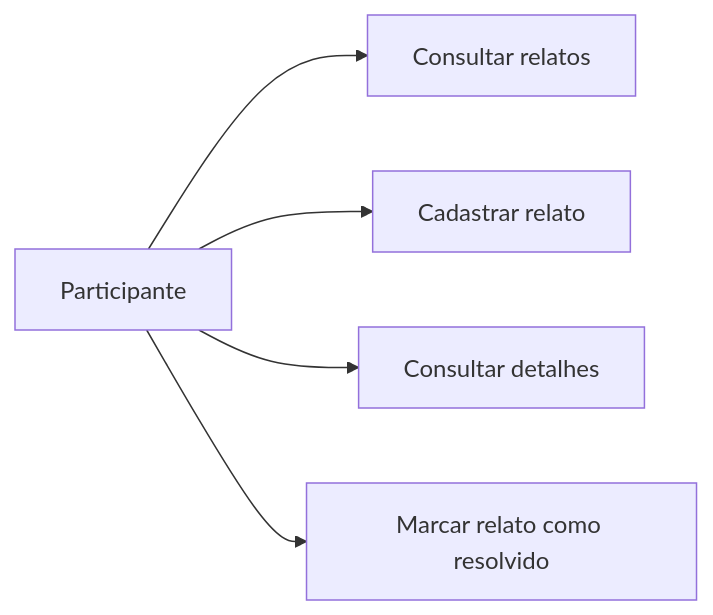
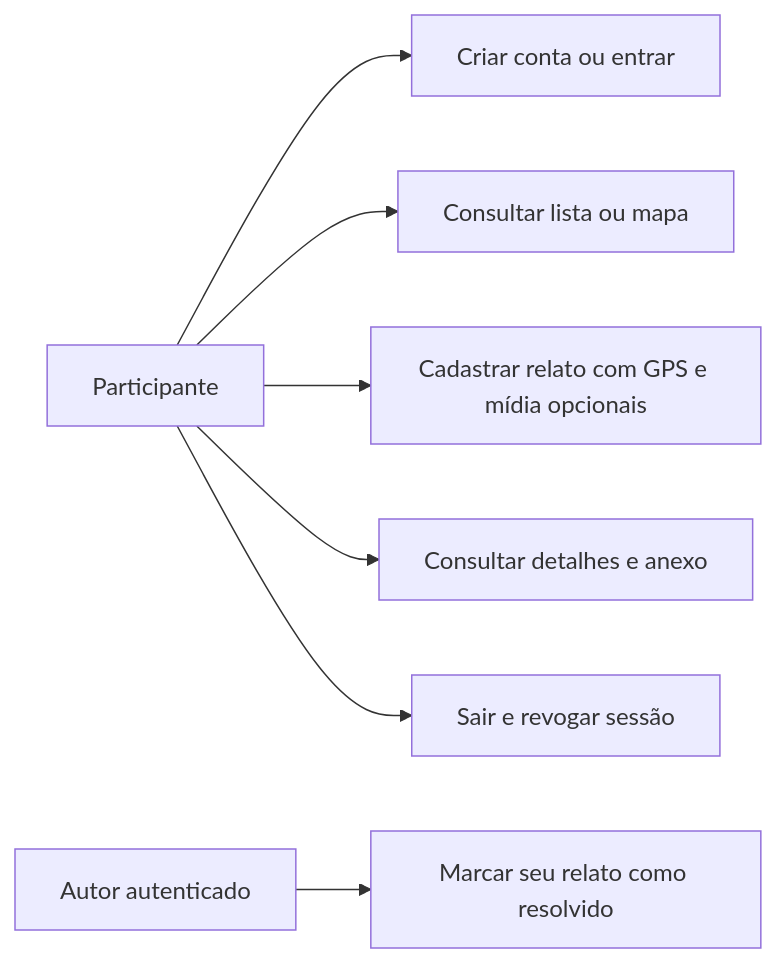
The second of 5 diagrams in documentacao/ARQUITETURA.md (matheuslagares/APS_8), drawn with Mermaid before and after one commit. The commit also changed other lines of this file and 59 other files, not shown here.

Commit message:
Adiciona login, GPS, mapas e anexos privados aos relatos

````diff
--- a/documentacao/ARQUITETURA.md
+++ b/documentacao/ARQUITETURA.md
@@ -47,7 +73,9 @@
 ```mermaid
 flowchart LR
-    P[Participante] --> L[Consultar relatos]
-    P --> C[Cadastrar relato]
-    P --> D[Consultar detalhes]
-    P --> R[Marcar relato como resolvido]
+    P[Participante] --> E[Criar conta ou entrar]
+    P --> L[Consultar lista ou mapa]
+    P --> C[Cadastrar relato com GPS e mídia opcionais]
+    P --> D[Consultar detalhes e anexo]
+    P --> S[Sair e revogar sessão]
+    A[Autor autenticado] --> R[Marcar seu relato como resolvido]
 ```
````
